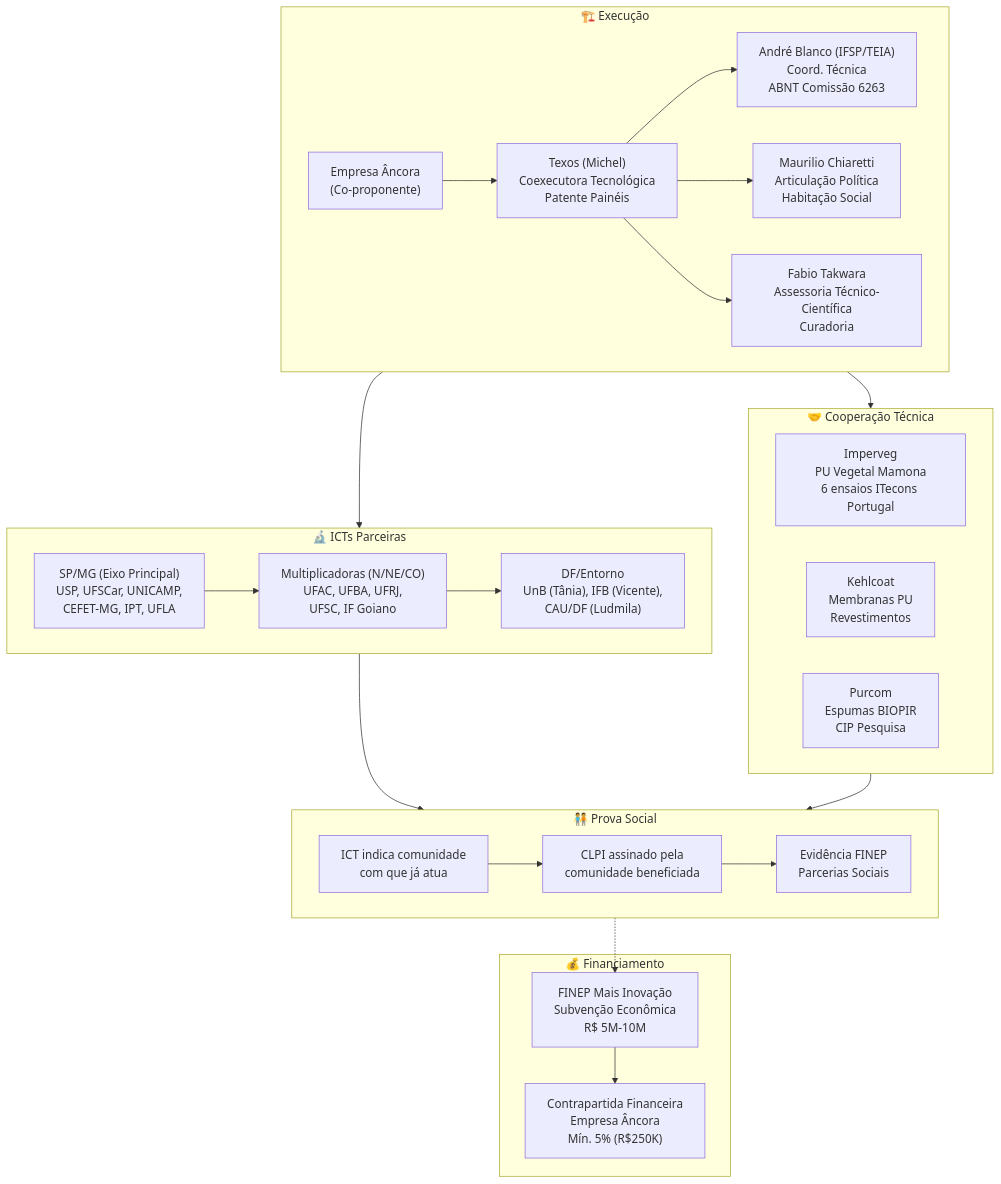
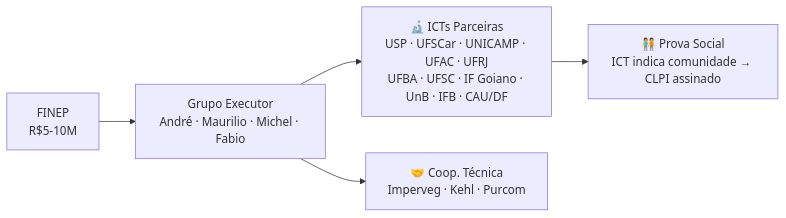
One commit to takwaratec/fabrica-modelo changed the diagram in docs/VISTA_GERAL.md. Above: the diagram before and after it, drawn with Mermaid. The commit also changed other lines of this file, not shown here.

Commit message:
fix: VISTA_GERAL simplificada — sem Gantt, sem link Mentoria, sem confusao

````diff
--- a/docs/VISTA_GERAL.md
+++ b/docs/VISTA_GERAL.md
@@ -10,48 +10,7 @@
 ```mermaid
-graph TB
-    subgraph FINANC["💰 Financiamento"]
-        FINEP["FINEP Mais Inovação<br/>Subvenção Econômica<br/>R$ 5M-10M"]
-        CONTRA["Contrapartida Financeira<br/>Empresa Âncora<br/>Mín. 5% (R$250K)"]
-        FINEP --> CONTRA
-    end
-
-    subgraph EXEC["🏗️ Execução"]
-        ANCORA["Empresa Âncora<br/>(Co-proponente)"]
-        TEXOS["Texos (Michel)<br/>Coexecutora Tecnológica<br/>Patente Painéis"]
-        ANDRE["André Blanco (IFSP/TEIA)<br/>Coord. Técnica<br/>ABNT Comissão 6263"]
-        MAURILIO["Maurilio Chiaretti<br/>Articulação Política<br/>Habitação Social"]
-        FABIO["Fabio Takwara<br/>Assessoria Técnico-Científica<br/>Curadoria"]
-        
-        ANCORA --> TEXOS
-        TEXOS --> ANDRE
-        TEXOS --> MAURILIO
-        TEXOS --> FABIO
-    end
-
-    subgraph ICTS["🔬 ICTs Parceiras"]
-        SP["SP/MG (Eixo Principal)<br/>USP, UFSCar, UNICAMP,<br/>CEFET-MG, IPT, UFLA"]
-        MULT["Multiplicadoras (N/NE/CO)<br/>UFAC, UFBA, UFRJ,<br/>UFSC, IF Goiano"]
-        DF["DF/Entorno<br/>UnB (Tânia), IFB (Vicente),<br/>CAU/DF (Ludmila)"]
-        SP --> MULT
-        MULT --> DF
-    end
-
-    subgraph COOP["🤝 Cooperação Técnica"]
-        IMP["Imperveg<br/>PU Vegetal Mamona<br/>6 ensaios ITecons Portugal"]
-        KEHL["Kehlcoat<br/>Membranas PU<br/>Revestimentos"]
-        PURCOM["Purcom<br/>Espumas BIOPIR<br/>CIP Pesquisa"]
-    end
-
-    subgraph SOCIAL["🧑‍🤝‍🧑 Prova Social"]
-        INDICACAO["ICT indica comunidade<br/>com que já atua"]
-        CLPI["CLPI assinado pela<br/>comunidade beneficiada"]
-        IMPACTO["Evidência FINEP<br/>Parcerias Sociais"]
-        INDICACAO --> CLPI --> IMPACTO
-    end
-
-    EXEC --> ICTS
-    EXEC --> COOP
-    ICTS --> SOCIAL
-    COOP --> SOCIAL
-    SOCIAL -.-> FINEP
+graph LR
+    FINEP["FINEP<br/>R$5-10M"] --> EXEC["Grupo Executor<br/>André · Maurilio · Michel · Fabio"]
+    EXEC --> ICTS["🔬 ICTs Parceiras<br/>USP · UFSCar · UNICAMP · UFAC · UFRJ<br/>UFBA · UFSC · IF Goiano · UnB · IFB · CAU/DF"]
+    EXEC --> COOP["🤝 Coop. Técnica<br/>Imperveg · Kehl · Purcom"]
+    ICTS --> SOCIAL["🧑‍🤝‍🧑 Prova Social<br/>ICT indica comunidade → CLPI assinado"]
 ```
````
